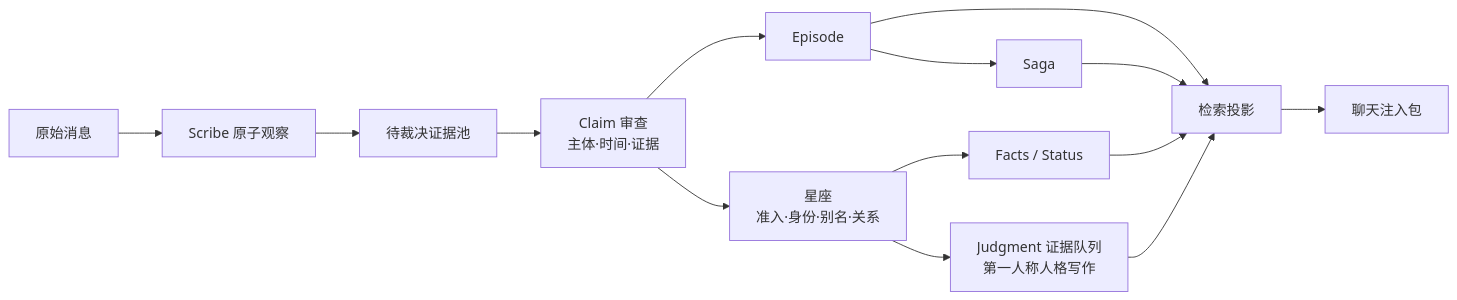
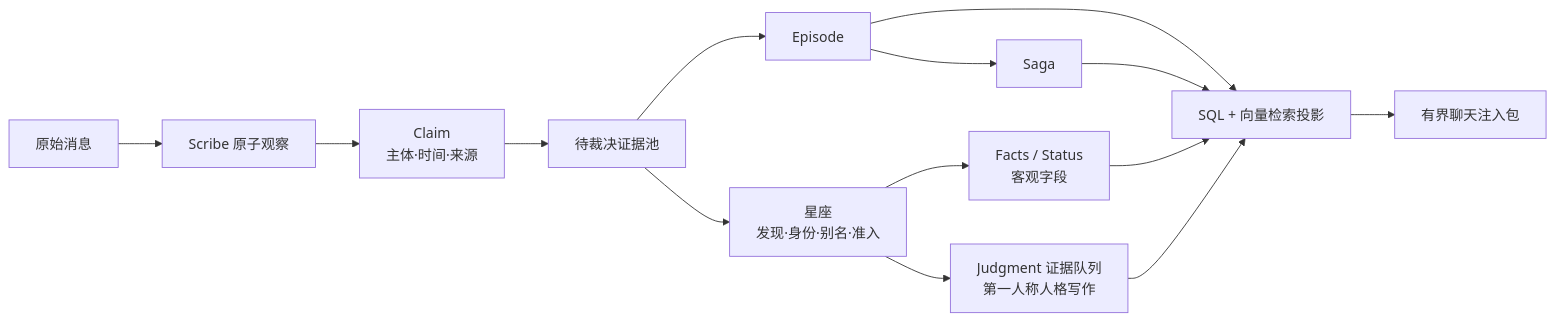
Before and after one commit to ClaraShafiq/MemoryConstellations: the diagram in README.md, drawn with Mermaid. The commit also changed other lines of this file and 49 other files, not shown here.

````diff
--- a/README.md
+++ b/README.md
@@ -9,16 +9,16 @@
 ```mermaid
 flowchart LR
   M[原始消息] --> S[Scribe 原子观察]
-  S --> E[待裁决证据池]
-  E --> C[Claim 审查<br/>主体·时间·证据]
-  C --> K[星座<br/>准入·身份·别名·关系]
-  C --> P[Episode]
+  S --> C[Claim<br/>主体·时间·来源]
+  C --> E[待裁决证据池]
+  E --> K[星座<br/>发现·身份·别名·准入]
+  E --> P[Episode]
   P --> G[Saga]
-  K --> F[Facts / Status]
+  K --> F[Facts / Status<br/>客观字段]
   K --> J[Judgment 证据队列<br/>第一人称人格写作]
-  P --> R[检索投影]
+  P --> R[SQL + 向量检索投影]
   G --> R
   F --> R
   J --> R
-  R --> Q[聊天注入包]
+  R --> Q[有界聊天注入包]
 ```
````
